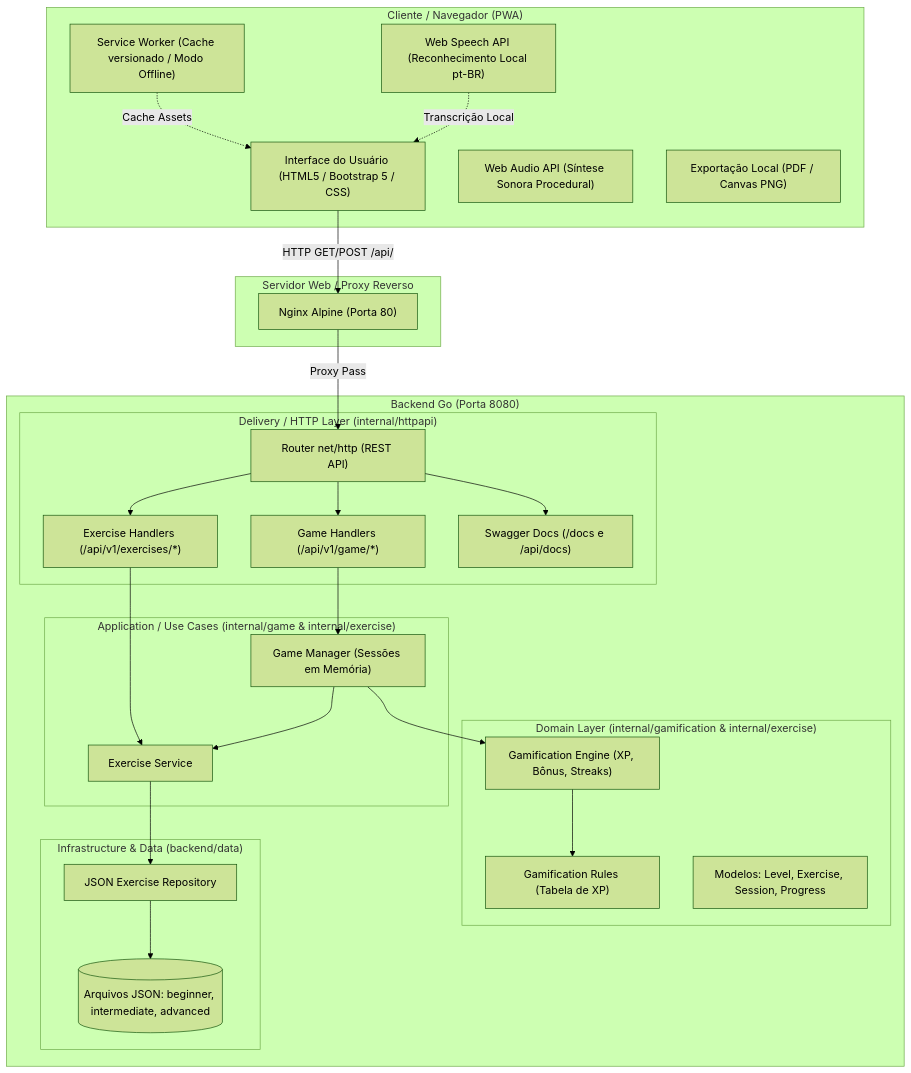
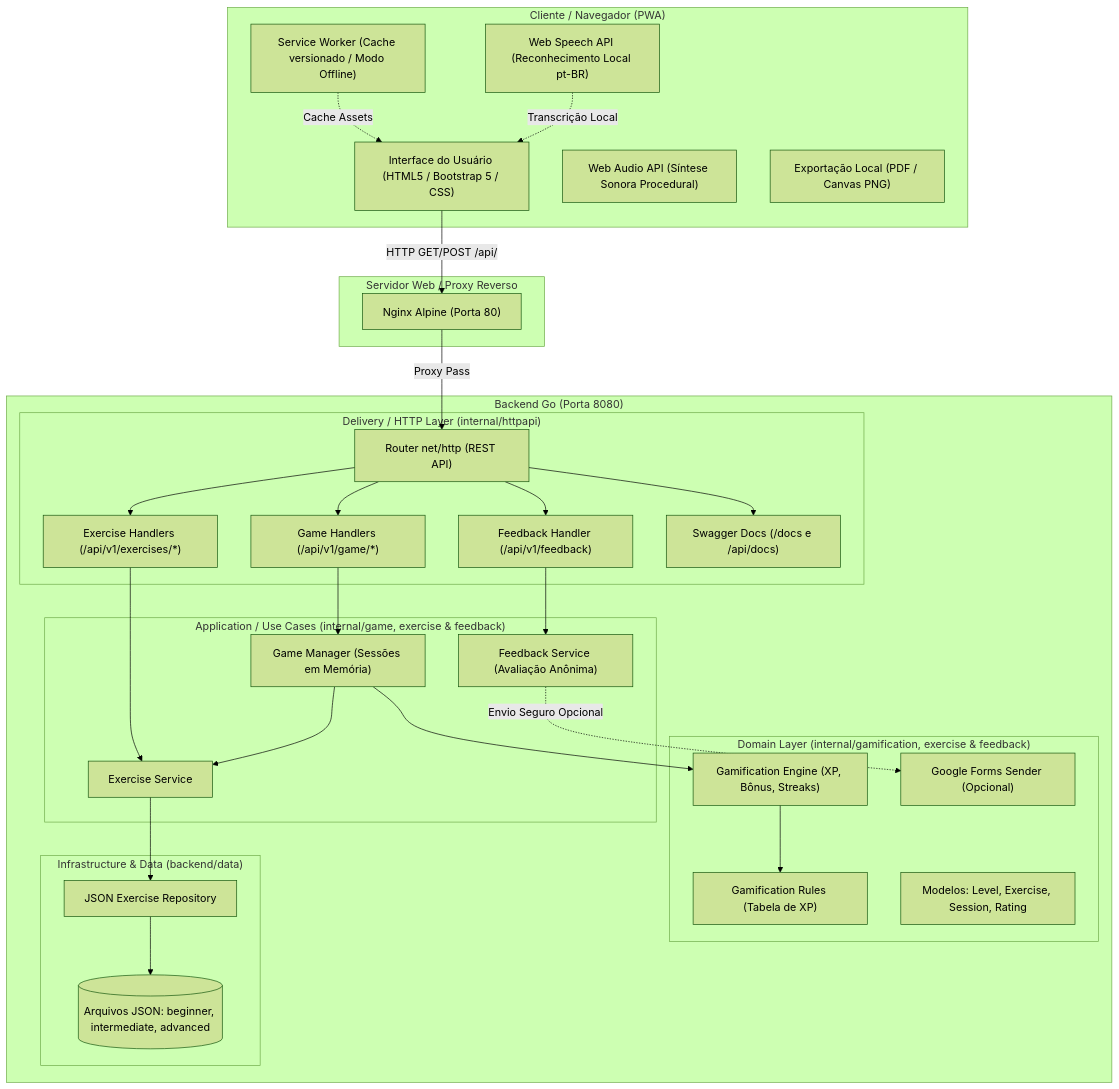
One commit to themarcosramos/falaeh changed the first of 2 diagrams in docs/architecture.md. Above: the diagram before and after it, drawn with Mermaid (forest theme). The commit also changed other lines of this file and 16 other files, not shown here.

````diff
--- a/docs/architecture.md
+++ b/docs/architecture.md
@@ -24,58 +24,64 @@
 ```mermaid
 flowchart TB
     subgraph Client["Cliente / Navegador (PWA)"]
         UI["Interface do Usuário (HTML5 / Bootstrap 5 / CSS)"]
         Speech["Web Speech API (Reconhecimento Local pt-BR)"]
         Audio["Web Audio API (Síntese Sonora Procedural)"]
         SW["Service Worker (Cache versionado / Modo Offline)"]
         ReportClient["Exportação Local (PDF / Canvas PNG)"]
     end
 
     subgraph ReverseProxy["Servidor Web / Proxy Reverso"]
         Nginx["Nginx Alpine (Porta 80)"]
     end
 
     subgraph Backend["Backend Go (Porta 8080)"]
         subgraph Delivery["Delivery / HTTP Layer (internal/httpapi)"]
             Router["Router net/http (REST API)"]
             GameHandler["Game Handlers (/api/v1/game/*)"]
             ExerciseHandler["Exercise Handlers (/api/v1/exercises/*)"]
+            FeedbackHandler["Feedback Handler (/api/v1/feedback)"]
             DocsHandler["Swagger Docs (/docs e /api/docs)"]
         end
 
-        subgraph Application["Application / Use Cases (internal/game & internal/exercise)"]
+        subgraph Application["Application / Use Cases (internal/game, exercise & feedback)"]
             GameManager["Game Manager (Sessões em Memória)"]
             ExerciseService["Exercise Service"]
+            FeedbackService["Feedback Service (Avaliação Anônima)"]
         end
 
-        subgraph Domain["Domain Layer (internal/gamification & internal/exercise)"]
+        subgraph Domain["Domain Layer (internal/gamification, exercise & feedback)"]
             GamificationEngine["Gamification Engine (XP, Bônus, Streaks)"]
             Rules["Gamification Rules (Tabela de XP)"]
-            DomainModels["Modelos: Level, Exercise, Session, Progress"]
+            DomainModels["Modelos: Level, Exercise, Session, Rating"]
+            FormsSender["Google Forms Sender (Opcional)"]
         end
 
         subgraph Infrastructure["Infrastructure & Data (backend/data)"]
             JSONRepo["JSON Exercise Repository"]
             DataFiles[("Arquivos JSON: beginner, intermediate, advanced")]
         end
     end
 
     UI -->|HTTP GET/POST /api/| Nginx
     Nginx -->|Proxy Pass| Router
     SW -.->|Cache Assets| UI
     Speech -.->|Transcrição Local| UI
 
     Router --> GameHandler
     Router --> ExerciseHandler
+    Router --> FeedbackHandler
     Router --> DocsHandler
 
     GameHandler --> GameManager
     ExerciseHandler --> ExerciseService
+    FeedbackHandler --> FeedbackService
+    FeedbackService -.->|Envio Seguro Opcional| FormsSender
 
     GameManager --> ExerciseService
     GameManager --> GamificationEngine
     GamificationEngine --> Rules
 
     ExerciseService --> JSONRepo
     JSONRepo --> DataFiles
 ```
````
